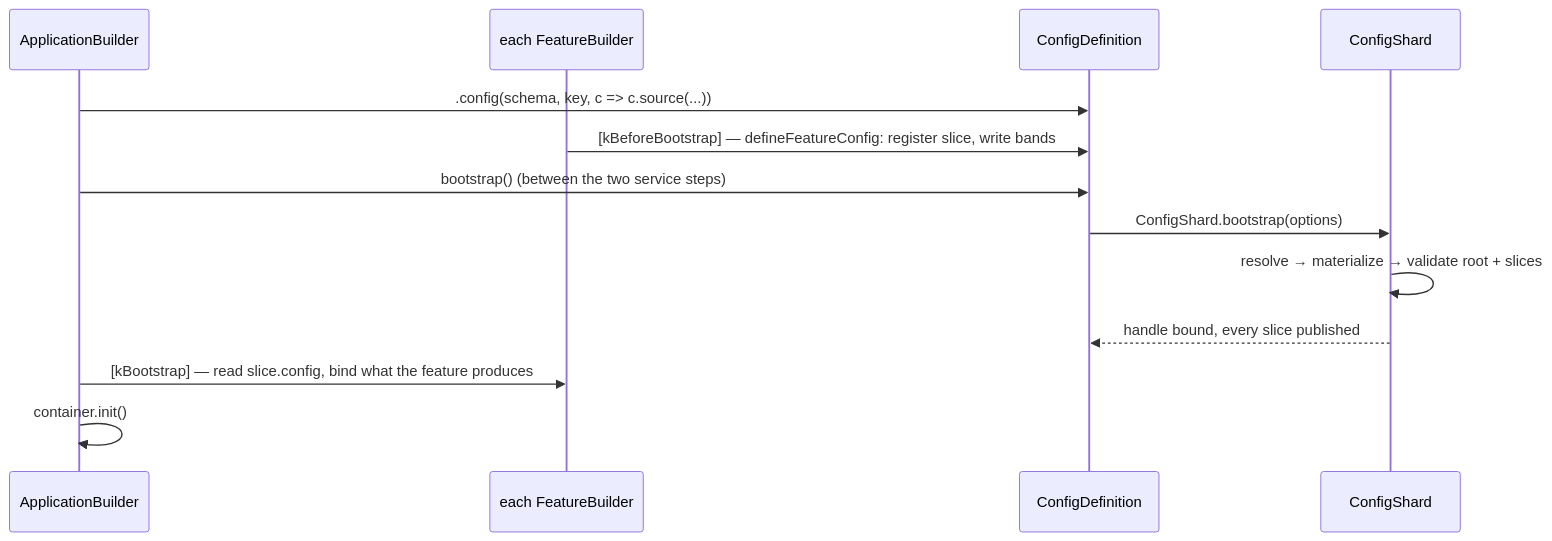
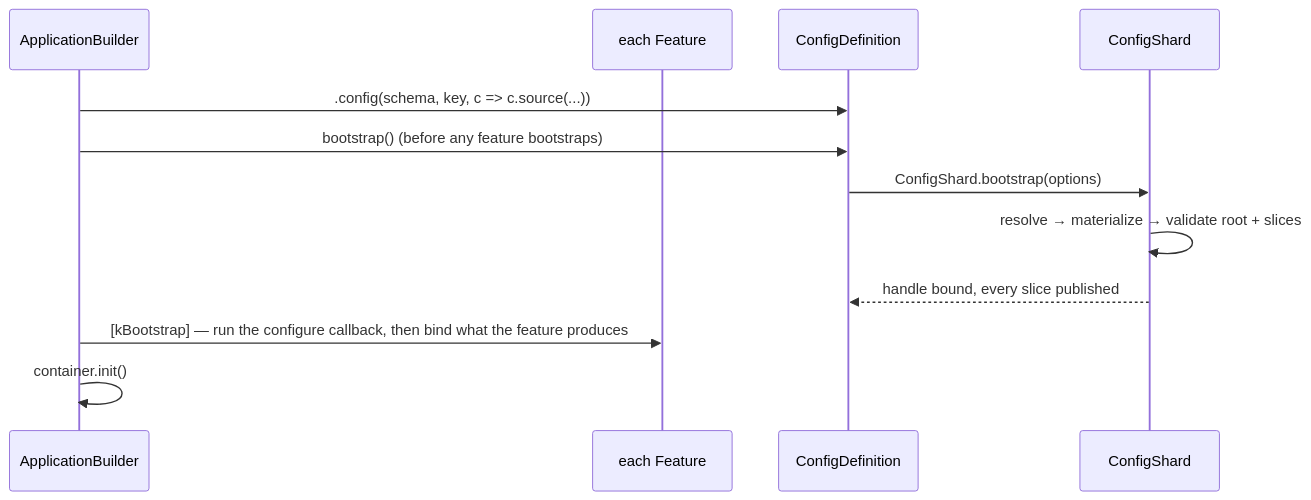
The fifth of 5 diagrams in std/config/README.md (caffeinejs/caffeine), drawn with Mermaid before and after one commit. The commit also changed other lines of this file and 154 other files, not shown here.

````diff
--- a/std/config/README.md
+++ b/std/config/README.md
@@ -281,15 +289,14 @@
 ```mermaid
 sequenceDiagram
   participant App as ApplicationBuilder
-  participant Feat as each FeatureBuilder
+  participant Feat as each Feature
   participant Def as ConfigDefinition
   participant Shard as ConfigShard
   App->>Def: .config(schema, key, c => c.source(...))
-  Feat->>Def: [kBeforeBootstrap] — defineFeatureConfig: register slice, write bands
-  App->>Def: bootstrap()  (between the two service steps)
+  App->>Def: bootstrap()  (before any feature bootstraps)
   Def->>Shard: ConfigShard.bootstrap(options)
   Shard->>Shard: resolve → materialize → validate root + slices
   Shard-->>Def: handle bound, every slice published
-  App->>Feat: [kBootstrap] — read slice.config, bind what the feature produces
+  App->>Feat: [kBootstrap] — run the configure callback, then bind what the feature produces
   App->>App: container.init()
 ```
````
